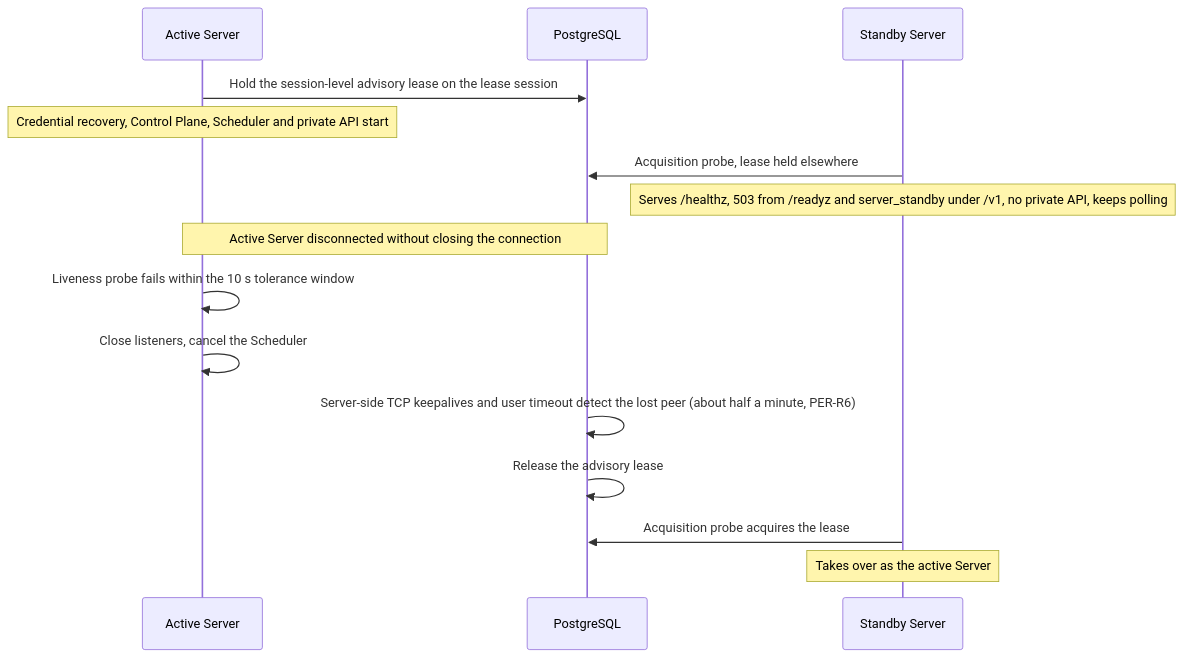
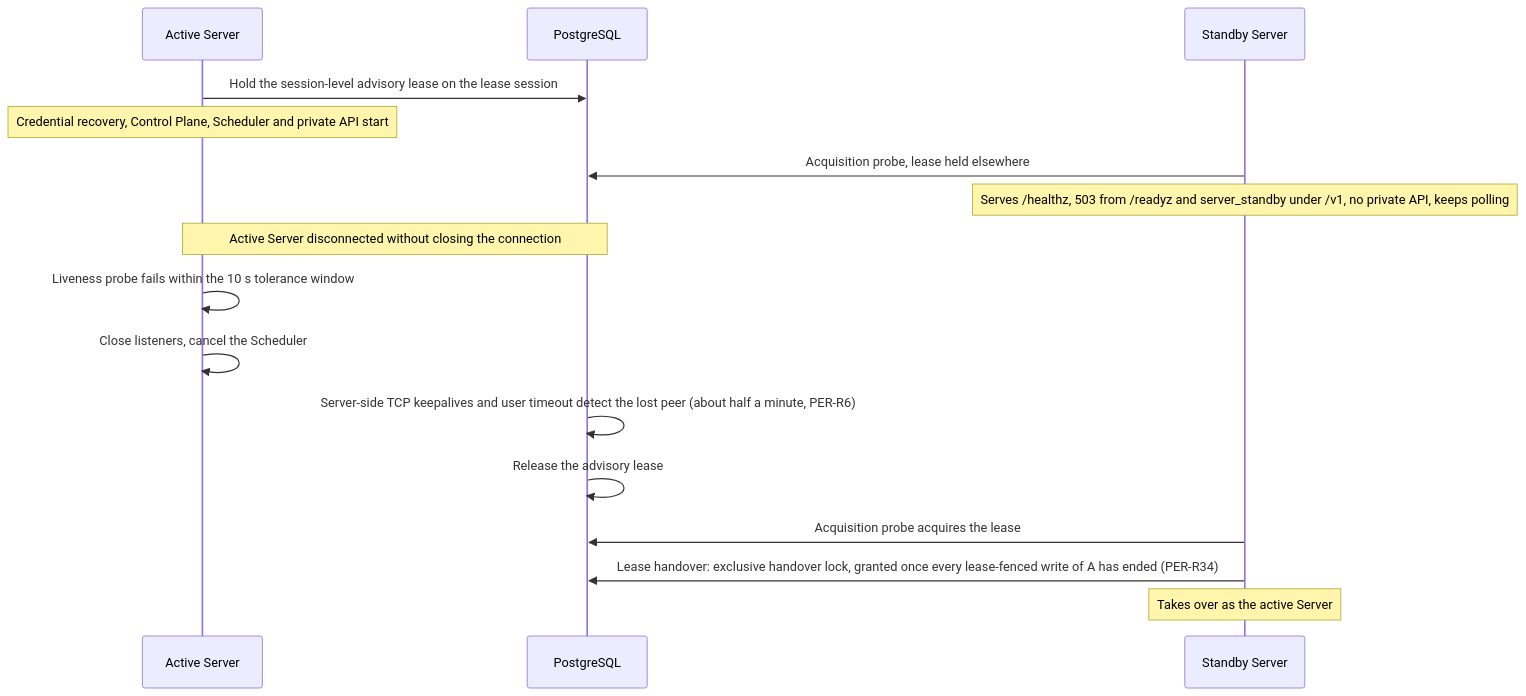
The second of 4 diagrams in docs/spec/platform/persistence.md (grauwolf32/contractor), drawn with Mermaid before and after one commit. The commit also changed other lines of this file and 30 other files, not shown here.

````diff
--- a/docs/spec/platform/persistence.md
+++ b/docs/spec/platform/persistence.md
@@ -90,17 +95,18 @@
 ```mermaid
 sequenceDiagram
     participant A as Active Server
     participant DB as PostgreSQL
     participant B as Standby Server
     A->>DB: Hold the session-level advisory lease on the lease session
     Note over A: Credential recovery, Control Plane, Scheduler and private API start
     B->>DB: Acquisition probe, lease held elsewhere
     Note over B: Serves /healthz, 503 from /readyz and server_standby under /v1, no private API, keeps polling
     Note over A,DB: Active Server disconnected without closing the connection
     A->>A: Liveness probe fails within the 10 s tolerance window
     A->>A: Close listeners, cancel the Scheduler
     DB->>DB: Server-side TCP keepalives and user timeout detect the lost peer (about half a minute, PER-R6)
     DB->>DB: Release the advisory lease
     B->>DB: Acquisition probe acquires the lease
+    B->>DB: Lease handover: exclusive handover lock, granted once every lease-fenced write of A has ended (PER-R34)
     Note over B: Takes over as the active Server
 ```
````
